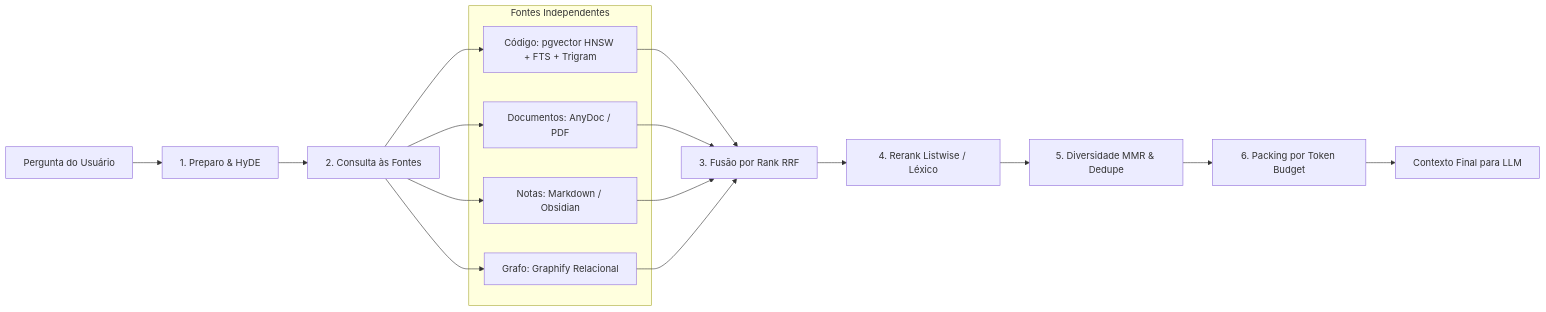
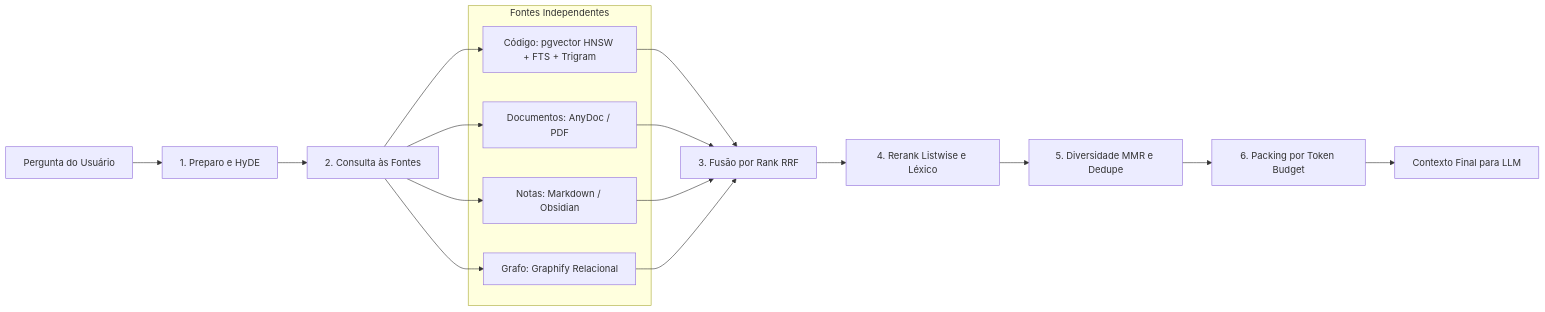
Before and after one commit to LeonardoFSR75/Eltanix-Coder-IDE: the second of 2 diagrams in README.md, drawn with Mermaid. The commit also changed other lines of this file, not shown here.

Commit message:
fix(docs): corrigir sintaxe dos diagramas Mermaid no README para renderização no GitHub

````diff
--- a/README.md
+++ b/README.md
@@ -204,17 +217,27 @@
 ```mermaid
 flowchart LR
-    Q[Pergunta do Usuário] --> P[1. Preparo & HyDE]
-    P --> S[2. Consulta às Fontes]
-    subgraph Sources[" Fontes Independentes "]
-        S1[Código: pgvector HNSW + FTS + Trigram]
-        S2[Documentos: AnyDoc / PDF]
-        S3[Notas: Markdown / Obsidian]
-        S4[Grafo: Graphify Relacional]
+    Q["Pergunta do Usuário"] --> P["1. Preparo e HyDE"]
+    P --> S["2. Consulta às Fontes"]
+
+    subgraph Sources["Fontes Independentes"]
+        S1["Código: pgvector HNSW + FTS + Trigram"]
+        S2["Documentos: AnyDoc / PDF"]
+        S3["Notas: Markdown / Obsidian"]
+        S4["Grafo: Graphify Relacional"]
     end
-    S --> S1 & S2 & S3 & S4
-    S1 & S2 & S3 & S4 --> F[3. Fusão por Rank RRF]
-    F --> R[4. Rerank Listwise / Léxico]
-    R --> D[5. Diversidade MMR & Dedupe]
-    D --> B[6. Packing por Token Budget]
-    B --> Ctx[Contexto Final para LLM]
+
+    S --> S1
+    S --> S2
+    S --> S3
+    S --> S4
+
+    S1 --> F["3. Fusão por Rank RRF"]
+    S2 --> F
+    S3 --> F
+    S4 --> F
+
+    F --> R["4. Rerank Listwise e Léxico"]
+    R --> D["5. Diversidade MMR e Dedupe"]
+    D --> B["6. Packing por Token Budget"]
+    B --> Ctx["Contexto Final para LLM"]
 ```
````
